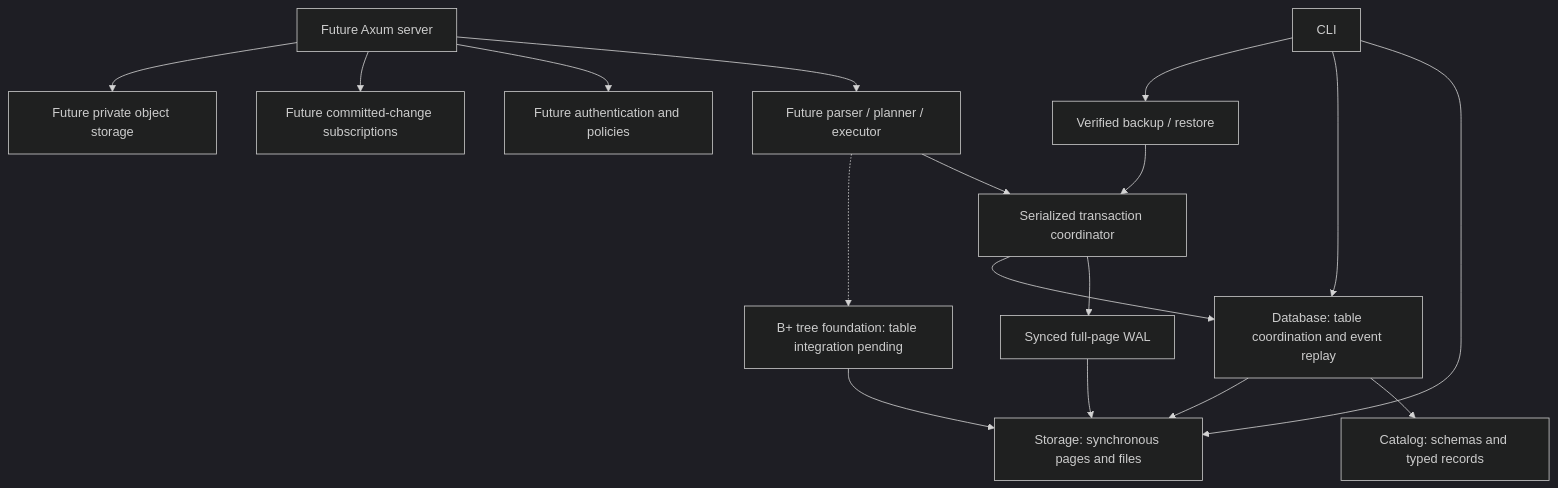
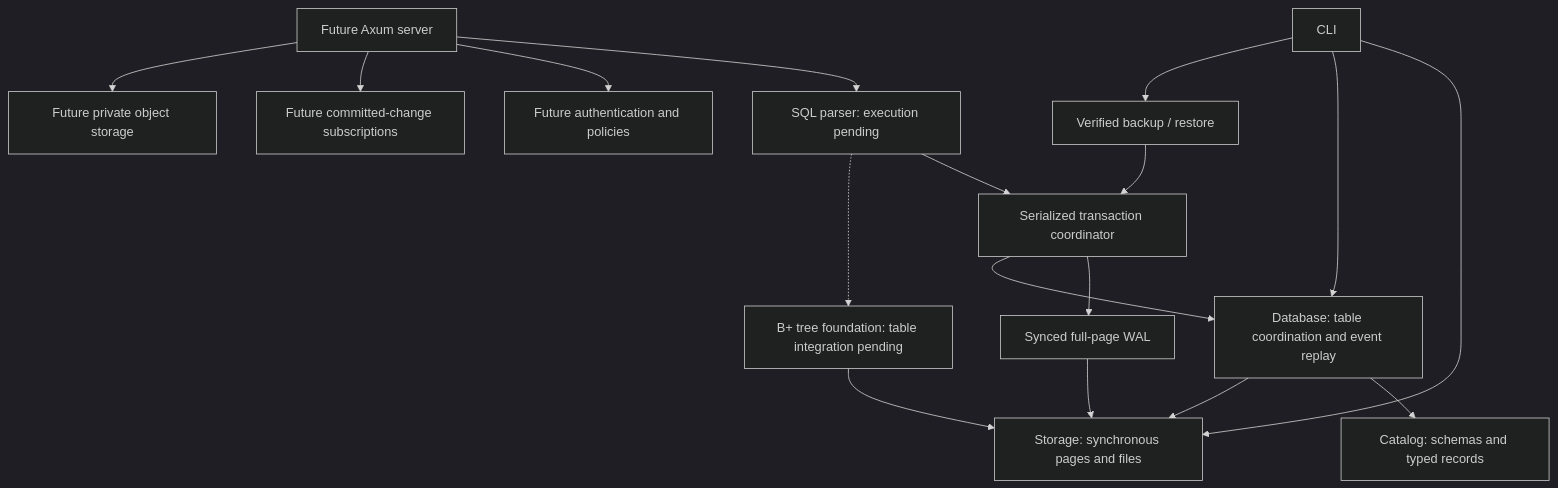
One commit to vantaeonx/EmilyBase changed the diagram in docs/architecture.md. Above: the diagram before and after it, drawn with Mermaid (dark theme). The commit also changed other lines of this file and 16 other files, not shown here.

Commit message:
feat(query): add bounded original SQL lexer and parser

````diff
--- a/docs/architecture.md
+++ b/docs/architecture.md
@@ -7,19 +7,19 @@
 ```mermaid
 flowchart TD
   CLI[CLI] --> Storage[Storage: synchronous pages and files]
   CLI --> Database[Database: table coordination and event replay]
   Database --> Catalog[Catalog: schemas and typed records]
   Database --> Storage
-  HTTP[Future Axum server] --> Query[Future parser / planner / executor]
+  HTTP[Future Axum server] --> Query[SQL parser: execution pending]
   Query --> Transactions[Serialized transaction coordinator]
   Transactions --> WAL[Synced full-page WAL]
   Transactions --> Database
   Query -.-> Index[B+ tree foundation: table integration pending]
   Index --> Storage
   WAL --> Storage
   HTTP --> Auth[Future authentication and policies]
   HTTP --> Realtime[Future committed-change subscriptions]
   HTTP --> Objects[Future private object storage]
   CLI --> Backup[Verified backup / restore]
   Backup --> Transactions
 ```
````
